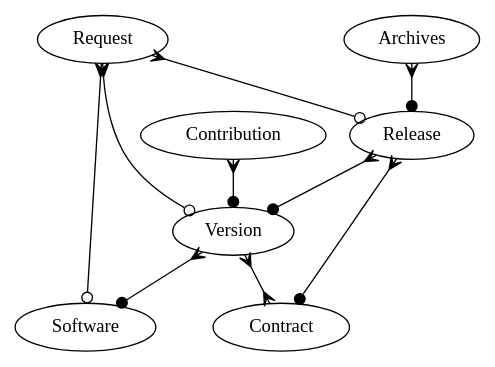
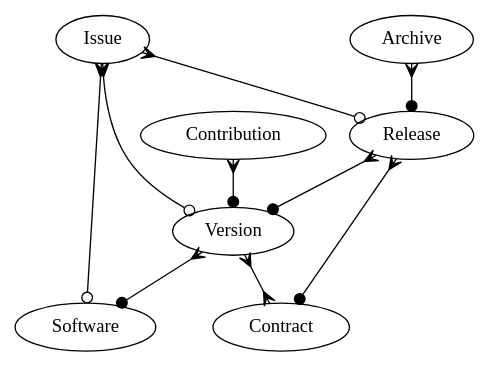
Before and after one commit to trivoallan/tosca: the diagram in doc/supported_software.dot, drawn with Graphviz. The commit also changed 3 other files, not shown here.

```diff
--- a/doc/supported_software.dot
+++ b/doc/supported_software.dot
@@ -1,21 +1,17 @@
 digraph supported_software {
 
 //rotate=90;
 
-
-Request -> Software [arrowhead=odot,dir=both,arrowtail=crow]
-Request -> Release [arrowhead=odot,dir=both,arrowtail=crow]
-Request -> Version [arrowhead=odot,dir=both,arrowtail=crow]
+Issue -> Software [arrowhead=odot,dir=both,arrowtail=crow]
+Issue -> Release [arrowhead=odot,dir=both,arrowtail=crow]
+Issue -> Version [arrowhead=odot,dir=both,arrowtail=crow]
 
 Version -> Software [arrowhead=dot,dir=both,arrowtail=crow]
 Version -> Contract [arrowhead=crow,dir=both,arrowtail=crow]
 Contribution -> Version [arrowhead=dot,dir=both,arrowtail=crow]
 
 Release -> Contract [arrowhead=dot,dir=both,arrowtail=crow]
 Release -> Version [arrowhead=dot,dir=both,arrowtail=crow]
-Archives -> Release [arrowhead=dot,dir=both,arrowtail=crow]
-
-
-
+Archive -> Release [arrowhead=dot,dir=both,arrowtail=crow]
 
 }
```
